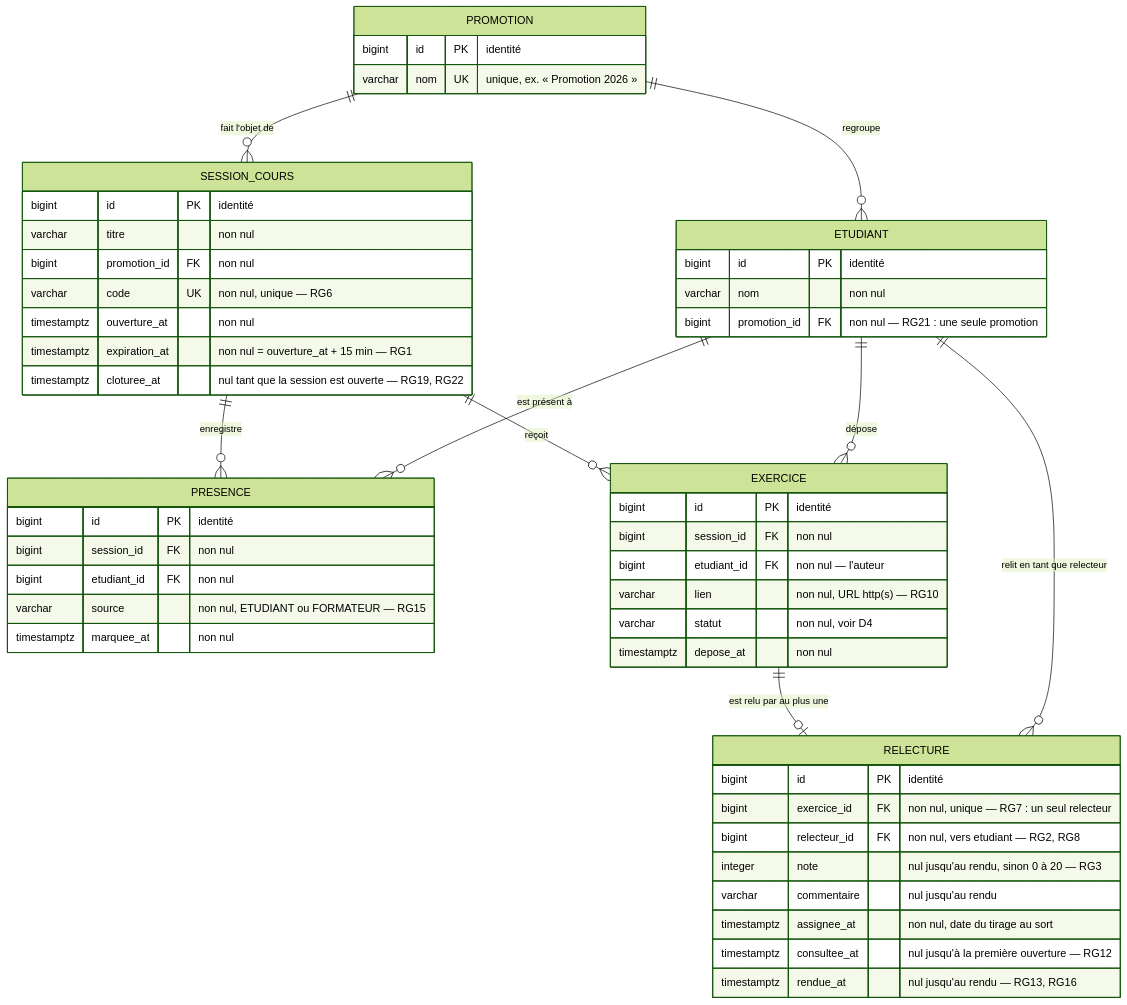
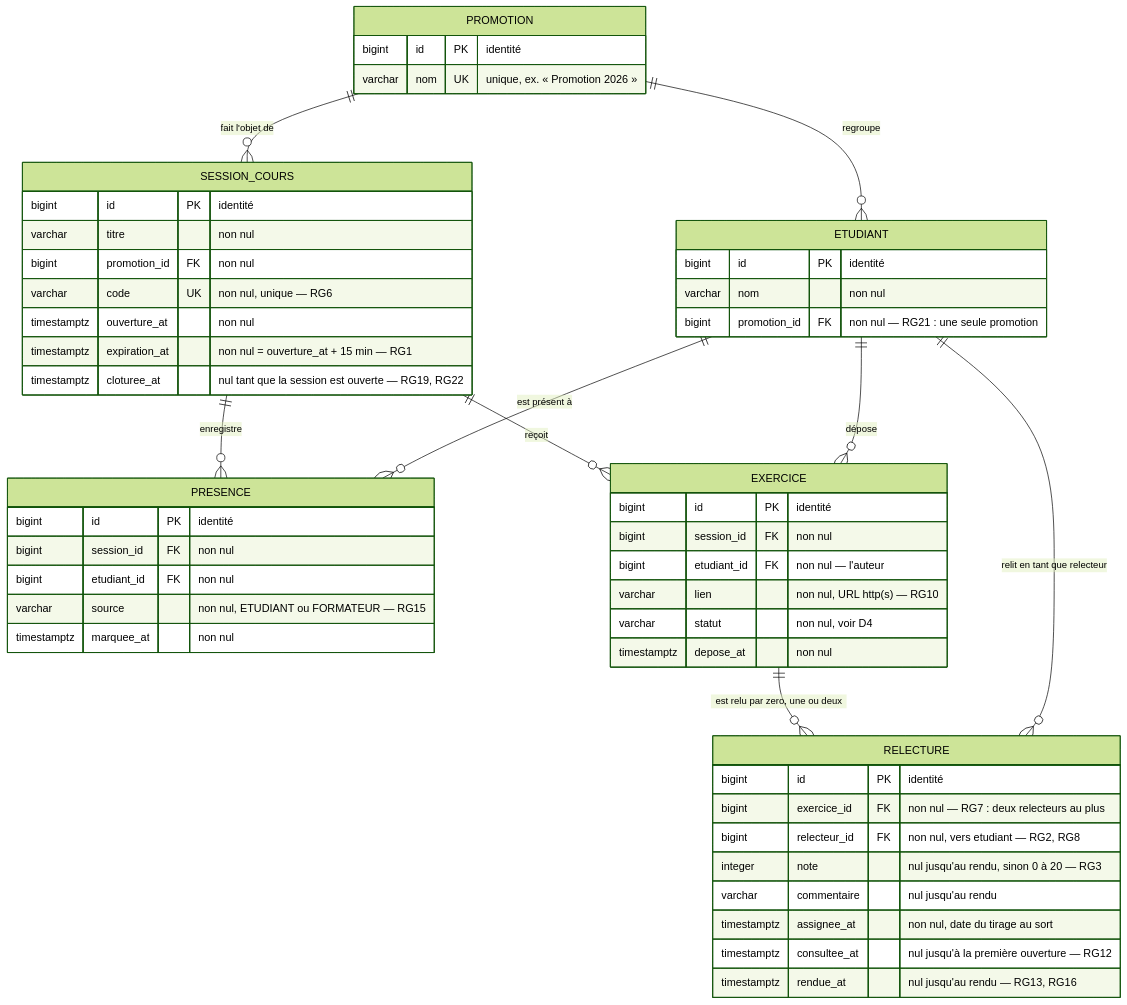
The diagram in docs/diagrammes/D2-modele-donnees.md (AndreaInesDev/kfokam48-epreuve-237), drawn with Mermaid (forest theme) before and after one commit. The commit also changed other lines of this file and 5 other files, not shown here.

First line of the commit message:
feat: deux relecteurs par exercice — analyse, migration et contrat (#36)

````diff
--- a/docs/diagrammes/D2-modele-donnees.md
+++ b/docs/diagrammes/D2-modele-donnees.md
@@ -7,60 +7,60 @@
 ```mermaid
 erDiagram
     PROMOTION ||--o{ ETUDIANT : "regroupe"
     PROMOTION ||--o{ SESSION_COURS : "fait l'objet de"
     SESSION_COURS ||--o{ PRESENCE : "enregistre"
     ETUDIANT ||--o{ PRESENCE : "est présent à"
     SESSION_COURS ||--o{ EXERCICE : "reçoit"
     ETUDIANT ||--o{ EXERCICE : "dépose"
-    EXERCICE ||--o| RELECTURE : "est relu par au plus une"
+    EXERCICE ||--o{ RELECTURE : "est relu par zero, une ou deux"
     ETUDIANT ||--o{ RELECTURE : "relit en tant que relecteur"
 
     PROMOTION {
         bigint id PK "identité"
         varchar nom UK "unique, ex. « Promotion 2026 »"
     }
 
     ETUDIANT {
         bigint id PK "identité"
         varchar nom "non nul"
         bigint promotion_id FK "non nul — RG21 : une seule promotion"
     }
 
     SESSION_COURS {
         bigint id PK "identité"
         varchar titre "non nul"
         bigint promotion_id FK "non nul"
         varchar code UK "non nul, unique — RG6"
         timestamptz ouverture_at "non nul"
         timestamptz expiration_at "non nul = ouverture_at + 15 min — RG1"
         timestamptz cloturee_at "nul tant que la session est ouverte — RG19, RG22"
     }
 
     PRESENCE {
         bigint id PK "identité"
         bigint session_id FK "non nul"
         bigint etudiant_id FK "non nul"
         varchar source "non nul, ETUDIANT ou FORMATEUR — RG15"
         timestamptz marquee_at "non nul"
     }
 
     EXERCICE {
         bigint id PK "identité"
         bigint session_id FK "non nul"
         bigint etudiant_id FK "non nul — l'auteur"
         varchar lien "non nul, URL http(s) — RG10"
         varchar statut "non nul, voir D4"
         timestamptz depose_at "non nul"
     }
 
     RELECTURE {
         bigint id PK "identité"
-        bigint exercice_id FK "non nul, unique — RG7 : un seul relecteur"
+        bigint exercice_id FK "non nul — RG7 : deux relecteurs au plus"
         bigint relecteur_id FK "non nul, vers etudiant — RG2, RG8"
         integer note "nul jusqu'au rendu, sinon 0 à 20 — RG3"
         varchar commentaire "nul jusqu'au rendu"
         timestamptz assignee_at "non nul, date du tirage au sort"
         timestamptz consultee_at "nul jusqu'à la première ouverture — RG12"
         timestamptz rendue_at "nul jusqu'au rendu — RG13, RG16"
     }
 ```
````
